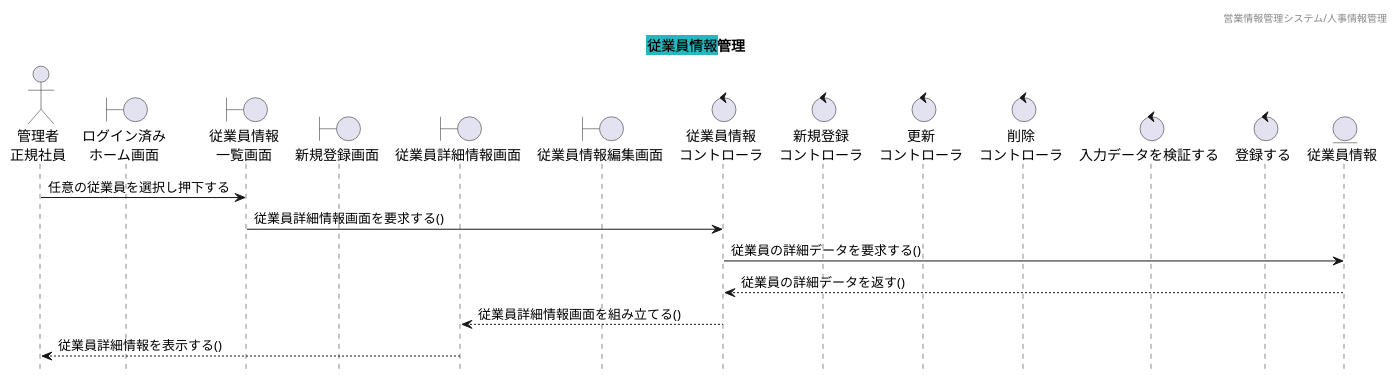
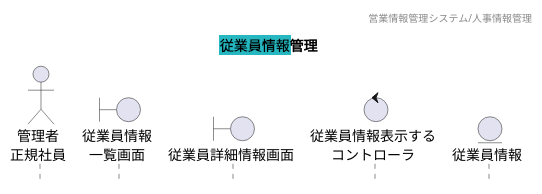
One commit to HaruShim/Sotuken changed the diagram in 各種設計書/4シーケンス図/管理者-人事_詳細.plantuml. Above: the diagram before and after it, drawn with PlantUML.

```diff
--- a/各種設計書/4シーケンス図/管理者-人事_詳細.plantuml
+++ b/各種設計書/4シーケンス図/管理者-人事_詳細.plantuml
@@ -1,31 +1,22 @@
 @startuml シーケンス図
 
 hide footbox
 header 営業情報管理システム/人事情報管理
 title <back:#25b7c0>従業員情報</back>管理
 
 actor "管理者\n正規社員" as Act
-boundary "ログイン済み\nホーム画面" as HomeSc
 boundary "従業員情報\n一覧画面" as StaffListSc
-boundary "新規登録画面" as RegiSc
-boundary "従業員詳細情報画面" as StaffSc
-boundary "従業員情報編集画面" as UpdateSc
-control "従業員情報\nコントローラ" as StaffCl
-control "新規登録\nコントローラ" as RegiCl
-control "更新\nコントローラ" as UpdateCl
-control "削除\nコントローラ" as DeleteCl
-control "入力データを検証する" as JudgeCl
-
-control "登録する" as Regi
+boundary "従業員詳細情報画面" as StaffScｍｍ
+control "従業員情報表示する\nコントローラ" as StaffCl
 entity "従業員情報" as StaffDB
 
 
+' Act -> StaffListSc : 任意の従業員を選択し押下する
+' StaffListSc -> StaffCl : 従業員詳細情報画面を要求する()
+' StaffCl -> StaffDB : 従業員のデータを要求する()
+' StaffCl <-- StaffDB : 従業員のデータを返す()
+' StaffSc <-- StaffCl : 従業員詳細情報画面を組み立てる()
+' Act <-- StaffSc : 従業員詳細情報を表示する()
 
-Act -> StaffListSc : 任意の従業員を選択し押下する
-StaffListSc -> StaffCl : 従業員詳細情報画面を要求する()
-StaffCl -> StaffDB : 従業員の詳細データを要求する()
-StaffCl <-- StaffDB : 従業員の詳細データを返す()
-StaffSc <-- StaffCl : 従業員詳細情報画面を組み立てる()
-Act <-- StaffSc : 従業員詳細情報を表示する()
 
 @enduml
```
